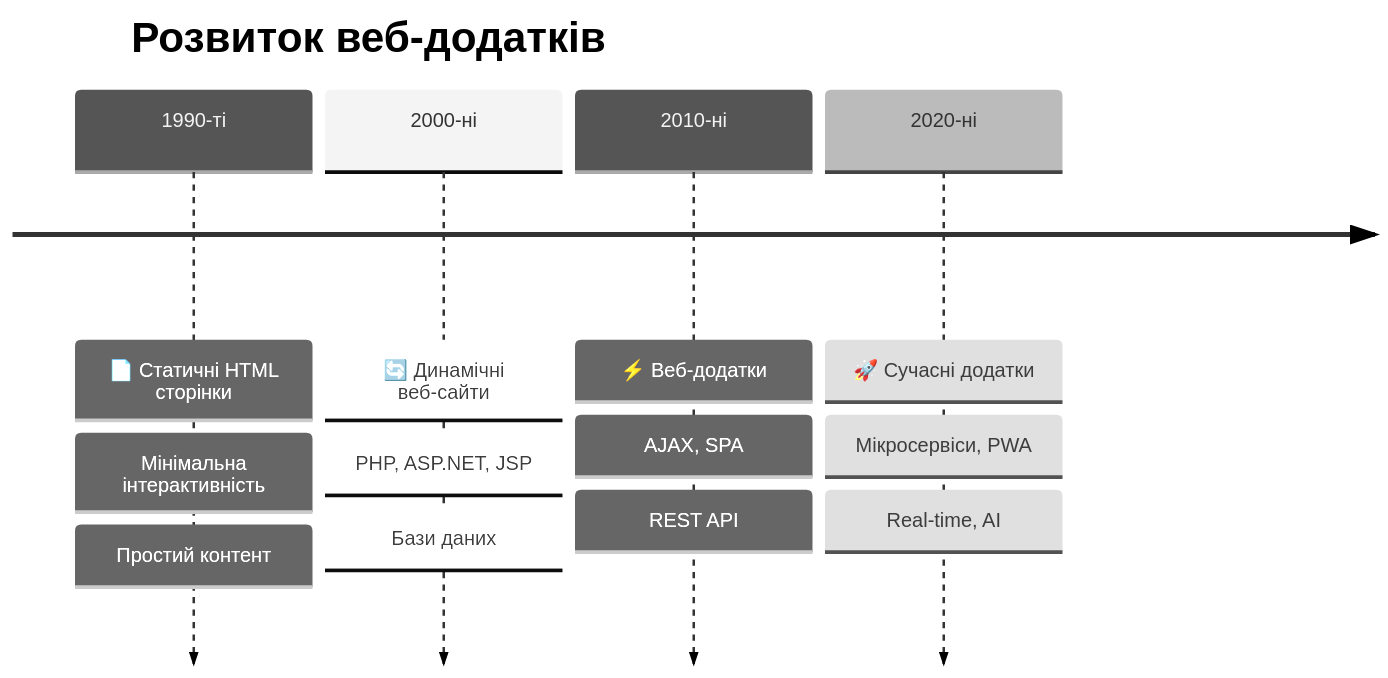
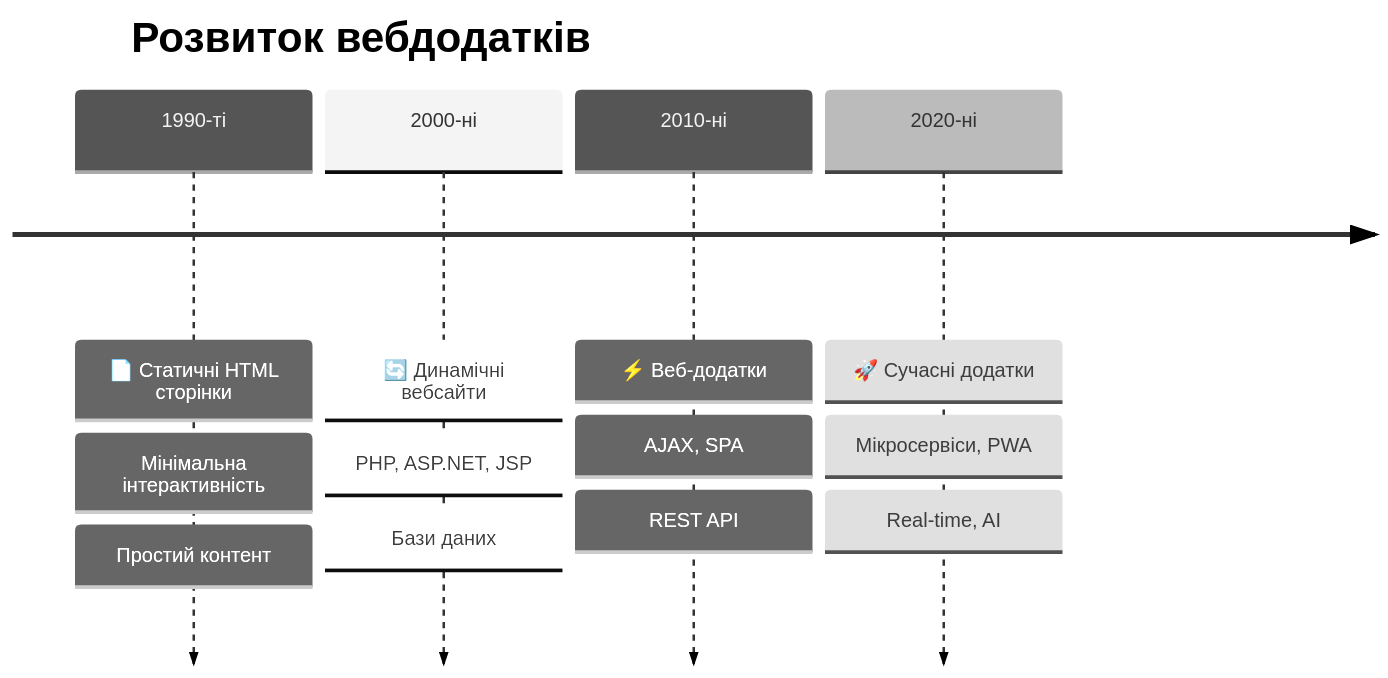
One commit to olroi421/course-web changed the first of 15 diagrams in docs/presentations/presentation-01.md. Above: the diagram before and after it, drawn with Mermaid (neutral theme). The commit also changed other lines of this file and 6 other files, not shown here.

````diff
--- a/docs/presentations/presentation-01.md
+++ b/docs/presentations/presentation-01.md
@@ -15,20 +15,20 @@
 ```mermaid
 timeline
-    title Розвиток веб-додатків
+    title Розвиток вебдодатків
 
     1990-ті : 📄 Статичні HTML сторінки
              : Мінімальна інтерактивність
              : Простий контент
 
-    2000-ні : 🔄 Динамічні веб-сайти
+    2000-ні : 🔄 Динамічні вебсайти
              : PHP, ASP.NET, JSP
              : Бази даних
 
     2010-ні : ⚡ Веб-додатки
              : AJAX, SPA
              : REST API
 
     2020-ні : 🚀 Сучасні додатки
              : Мікросервіси, PWA
              : Real-time, AI
 ```
````
